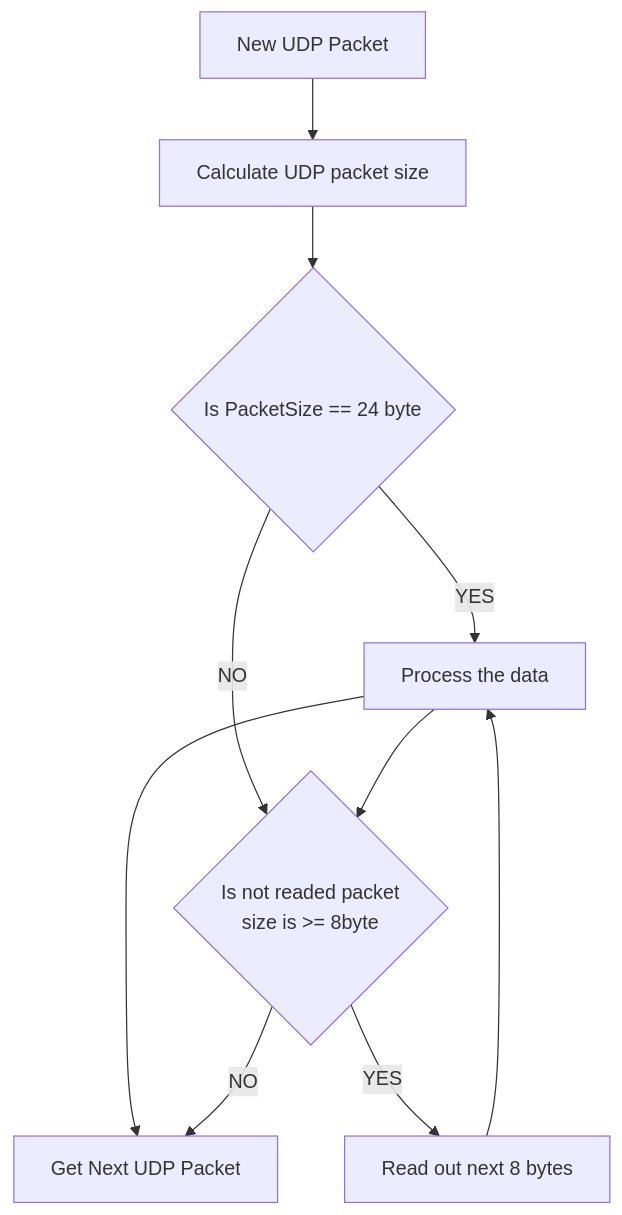
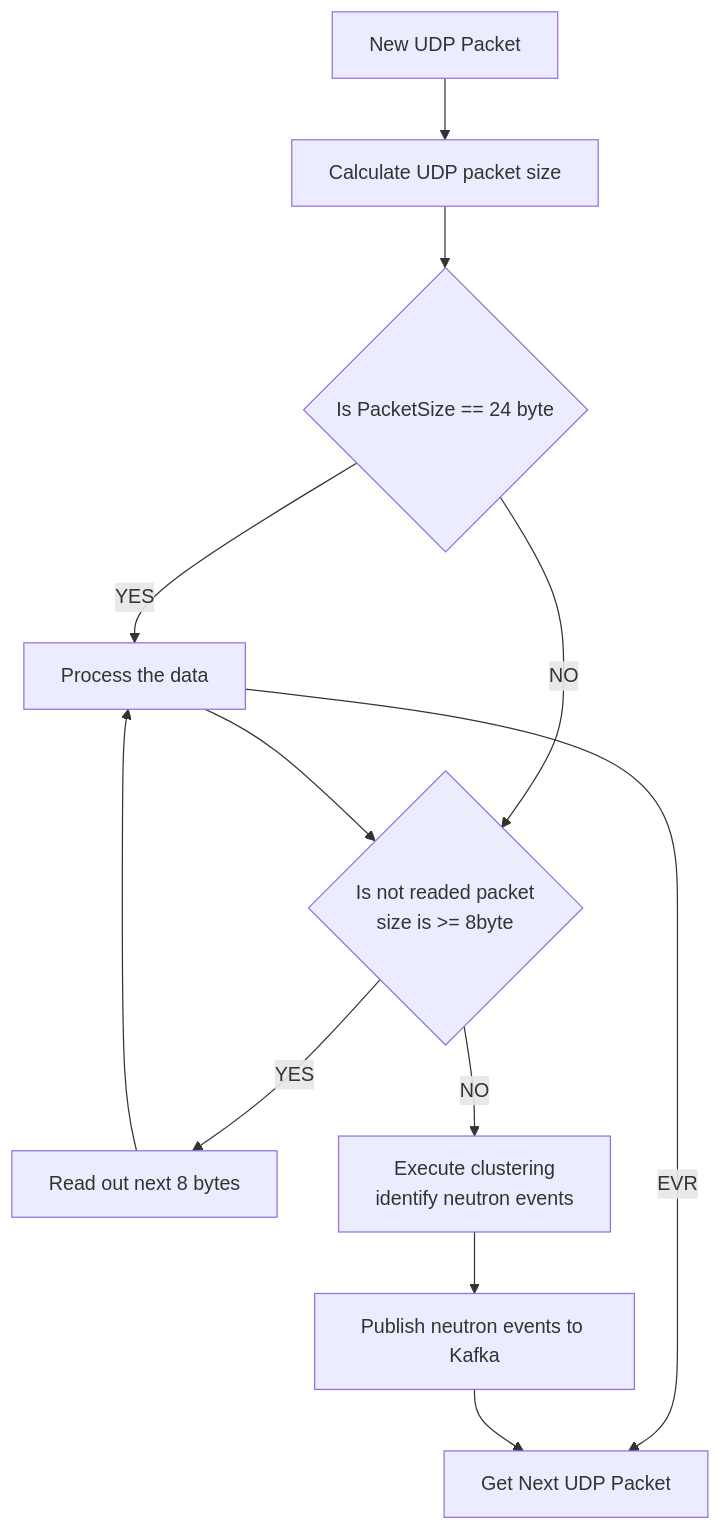
The first of 3 diagrams in src/modules/timepix3/readout/README.md (ess-dmsc/event-formation-unit), drawn with Mermaid before and after one commit.

Commit message:
update data processing chart

````diff
--- a/src/modules/timepix3/readout/README.md
+++ b/src/modules/timepix3/readout/README.md
@@ -29,22 +29,25 @@
 ```mermaid
 flowchart TD
 
 UDPPacket[New UDP Packet]
 NextUDPPacket[Get Next UDP Packet]
 CalculateSize[Calculate UDP packet size]
 ProcessPacketContent[Process the data]
 GetNext8Byte[Read out next 8 bytes]
+CalculateClusters[Execute clustering\n identify neutron events]
+PublishtoKafKa[Publish neutron events to Kafka]
 
 Is8BytesLeft{Is not readed packet\n size is >= 8byte}
 ISEVRPacket{Is PacketSize == 24 byte}
 
 UDPPacket --> CalculateSize
 CalculateSize --> ISEVRPacket
 ISEVRPacket -->|YES| ProcessPacketContent
-ProcessPacketContent --> NextUDPPacket
+ProcessPacketContent -->|EVR| NextUDPPacket
 ISEVRPacket -->|NO| Is8BytesLeft
 Is8BytesLeft -->|YES| GetNext8Byte
 GetNext8Byte --> ProcessPacketContent
 ProcessPacketContent --> Is8BytesLeft
-Is8BytesLeft --> |NO| NextUDPPacket
+Is8BytesLeft --> |NO| CalculateClusters --> PublishtoKafKa
+PublishtoKafKa --> NextUDPPacket
 ```
````
